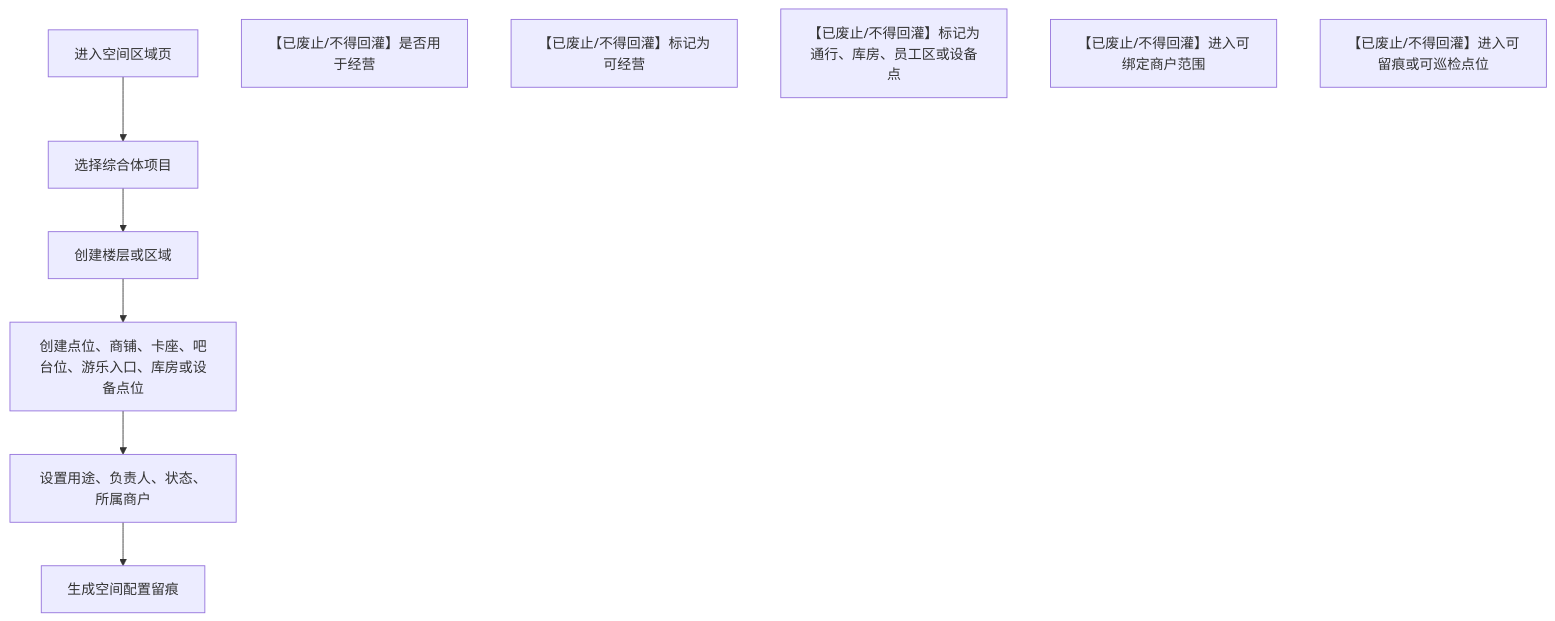
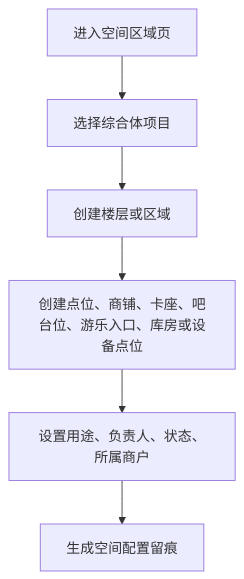
One commit to jxh1979/mall changed the third of 13 diagrams in docs/platform-governance-product-spec-v0.2.md. Above: the diagram before and after it, drawn with Mermaid. The commit also changed other lines of this file and 19 other files, not shown here.

````diff
--- a/docs/platform-governance-product-spec-v0.2.md
+++ b/docs/platform-governance-product-spec-v0.2.md
@@ -1478,14 +1490,14 @@
 ```mermaid
 flowchart TD
     A["进入空间区域页"] --> B["选择综合体项目"]
     B --> C["创建楼层或区域"]
     C --> D["创建点位、商铺、卡座、吧台位、游乐入口、库房或设备点位"]
     D --> E["设置用途、负责人、状态、所属商户"]
     E --> K["生成空间配置留痕"]
-    F["【已废止/不得回灌】是否用于经营"]
-    G["【已废止/不得回灌】标记为可经营"]
-    H["【已废止/不得回灌】标记为通行、库房、员工区或设备点"]
-    I["【已废止/不得回灌】进入可绑定商户范围"]
-    J["【已废止/不得回灌】进入可留痕或可巡检点位"]
+    %% F["【已废止/不得回灌】是否用于经营"]
+    %% G["【已废止/不得回灌】标记为可经营"]
+    %% H["【已废止/不得回灌】标记为通行、库房、员工区或设备点"]
+    %% I["【已废止/不得回灌】进入可绑定商户范围"]
+    %% J["【已废止/不得回灌】进入可留痕或可巡检点位"]
     %% 三 HTML 无「是否可经营」绑定路径；GOV 只记录面积、用途、状态、负责人和所属商户
 ```
````
